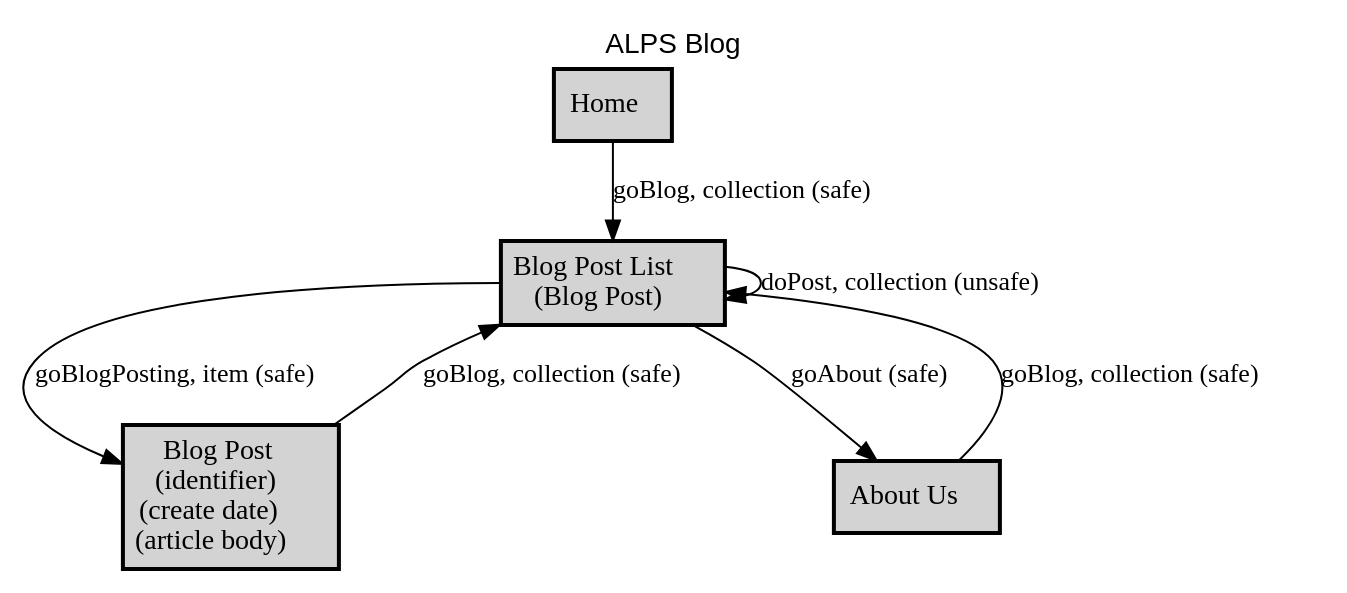
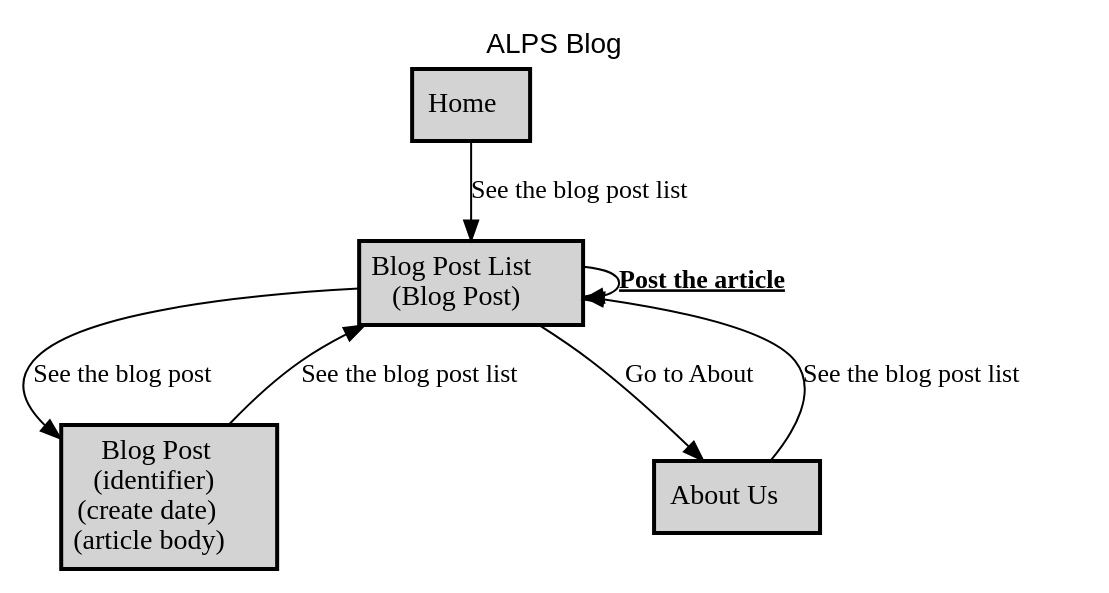
The diagram in docs/blog/profile.title.dot (alps-asd/app-state-diagram), drawn with Graphviz before and after one commit. The commit also changed 52 other files, not shown here.

```diff
--- a/docs/blog/profile.title.dot
+++ b/docs/blog/profile.title.dot
@@ -1,23 +1,23 @@
 digraph application_state_diagram {
   graph [
     labelloc="t";
     fontname="Helvetica"
     label="ALPS Blog";
     URL="index.html" target="_parent"
   ];
   node [shape = box, style = "bold,filled" fillcolor="lightgray"];
 
     Blog [margin=0.02, label=<<table cellspacing="0" cellpadding="5" border="0"><tr><td>Blog Post List<br />(Blog Post)<br /></td></tr></table>>,shape=box URL="docs/semantic.Blog.html" target="_parent"]
     BlogPosting [margin=0.02, label=<<table cellspacing="0" cellpadding="5" border="0"><tr><td>Blog Post<br />(identifier)<br />(create date)<br />(article body)<br /></td></tr></table>>,shape=box URL="docs/semantic.BlogPosting.html" target="_parent"]
 
-    About -> Blog [label = <goBlog, collection (safe)> URL="docs/safe.goBlog.html" target="_parent" fontsize=13];
-    Blog -> About [label = <goAbout (safe)> URL="docs/safe.goAbout.html" target="_parent" fontsize=13];
-    Blog -> Blog [label = <doPost, collection (unsafe)> URL="docs/unsafe.doPost.html" target="_parent" fontsize=13];
-    Blog -> BlogPosting [label = <goBlogPosting, item (safe)> URL="docs/safe.goBlogPosting.html" target="_parent" fontsize=13];
-    BlogPosting -> Blog [label = <goBlog, collection (safe)> URL="docs/safe.goBlog.html" target="_parent" fontsize=13];
-    Index -> Blog [label = <goBlog, collection (safe)> URL="docs/safe.goBlog.html" target="_parent" fontsize=13];
+    About -> Blog [label = <See the blog post list> URL="docs/safe.goBlog.html" target="_parent" fontsize=13];
+    Blog -> About [label = <Go to About> URL="docs/safe.goAbout.html" target="_parent" fontsize=13];
+    Blog -> Blog [label = <<b><u>Post the article</u></b>> URL="docs/unsafe.doPost.html" target="_parent" fontsize=13];
+    Blog -> BlogPosting [label = <See the blog post> URL="docs/safe.goBlogPosting.html" target="_parent" fontsize=13];
+    BlogPosting -> Blog [label = <See the blog post list> URL="docs/safe.goBlog.html" target="_parent" fontsize=13];
+    Index -> Blog [label = <See the blog post list> URL="docs/safe.goBlog.html" target="_parent" fontsize=13];
 
     About [label = <About Us> URL="docs/semantic.About.html" target="_parent"]
     Index [label = <Home> URL="docs/semantic.Index.html" target="_parent"]
 
 }
```
